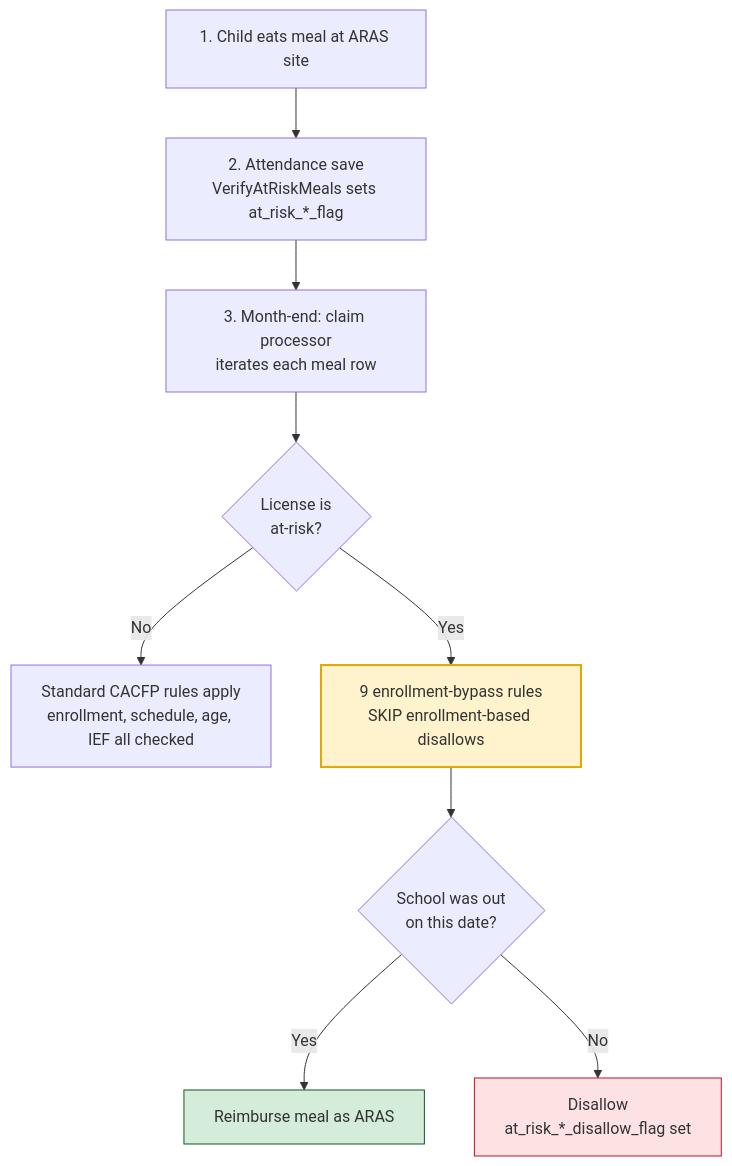
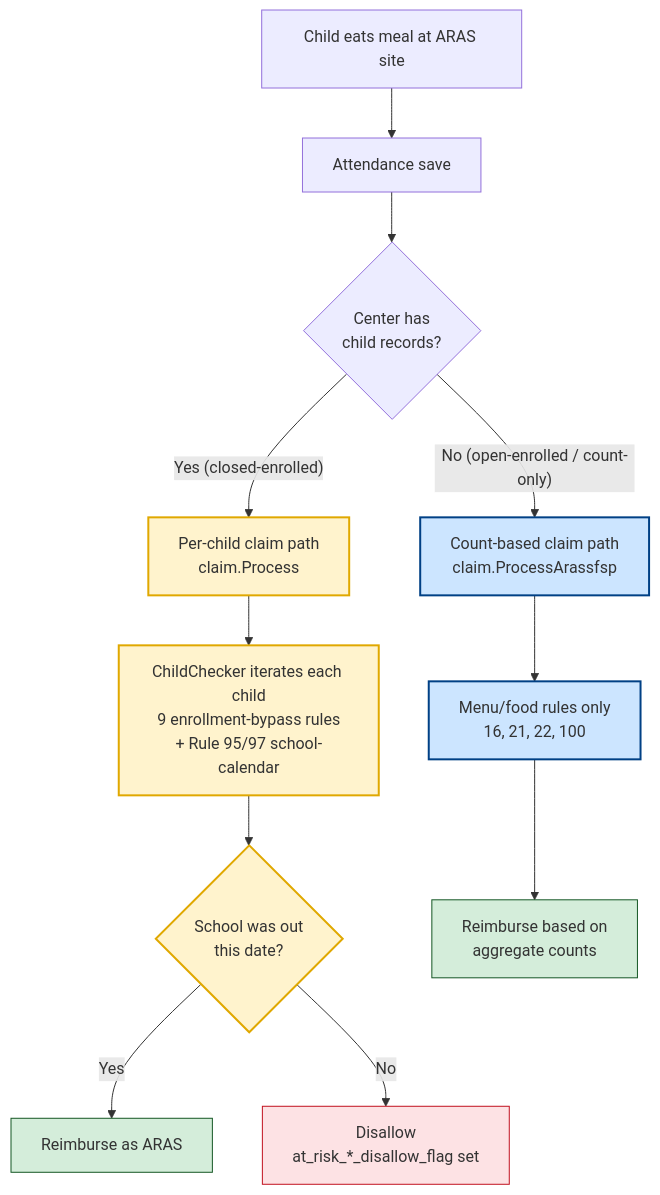
Before and after one commit to MinuteMenu/docs: the diagram in docs/plans/323000 hybrid enrollment and attendance/aras-today.md, drawn with Mermaid. The commit also changed other lines of this file, not shown here.

Commit message:
Clarify per-child vs count-based claim paths in aras-today.md
Per Phan's flag on TP 323015 c/429998 and a fresh Explore pass:
ProcessArassfsp() does not run school-calendar checks. The school-out
gating and the nine enrollment-bypass rules fire only on the per-child
path (claim.Process), invoked when the center has child records.
Open-enrolled / count-only centers route through ProcessArassfsp() and
only run menu/food rules (16, 21, 22, 100).

Changes:
- §1 reframed to lead with the two-path split + a table.
- §2 flow diagram redrawn with the bifurcation visible (per-child vs
  count-based, colour-coded).
- §3, §4, §6 now each open with a "per-child path only" warning note.
- §10 adds the hybrid-routing implication: ARAS Hybrid uses per-child
  meal save so school-calendar applies; SFSP Hybrid uses count-based
  save so it does not.

Source: LogicService.cs:7137 (IsCenterARASSFSPWithSingleLicense),
ProcessClaimService.cs (Process vs ProcessArassfsp).

````diff
--- a/docs/plans/323000 hybrid enrollment and attendance/aras-today.md
+++ b/docs/plans/323000 hybrid enrollment and attendance/aras-today.md
@@ -27,17 +28,21 @@
 ```mermaid
 flowchart TD
-    A["1. Child eats meal at ARAS site"] --> B["2. Attendance save<br/>VerifyAtRiskMeals sets at_risk_*_flag"]
-    B --> C["3. Month-end: claim processor<br/>iterates each meal row"]
-    C --> D{"License is<br/>at-risk?"}
-    D -- "No" --> E["Standard CACFP rules apply<br/>enrollment, schedule, age, IEF all checked"]
-    D -- "Yes" --> F["9 enrollment-bypass rules<br/>SKIP enrollment-based disallows"]
-    F --> G{"School was out<br/>on this date?"}
-    G -- "Yes" --> H["Reimburse meal as ARAS"]
-    G -- "No" --> I["Disallow<br/>at_risk_*_disallow_flag set"]
-    classDef bypass fill:#fff3cd,stroke:#e0a800,stroke-width:2px
+    A["Child eats meal at ARAS site"] --> B["Attendance save"]
+    B --> C{"Center has<br/>child records?"}
+    C -- "Yes (closed-enrolled)" --> P["Per-child claim path<br/>claim.Process"]
+    C -- "No (open-enrolled / count-only)" --> Q["Count-based claim path<br/>claim.ProcessArassfsp"]
+    P --> R["ChildChecker iterates each child<br/>9 enrollment-bypass rules<br/>+ Rule 95/97 school-calendar"]
+    Q --> S["Menu/food rules only<br/>16, 21, 22, 100"]
+    R --> T{"School was out<br/>this date?"}
+    T -- "Yes" --> U["Reimburse as ARAS"]
+    T -- "No" --> V["Disallow<br/>at_risk_*_disallow_flag set"]
+    S --> W["Reimburse based on<br/>aggregate counts"]
+    classDef perchild fill:#fff3cd,stroke:#e0a800,stroke-width:2px
+    classDef countbased fill:#cce5ff,stroke:#004085,stroke-width:2px
     classDef pass fill:#d4edda,stroke:#155724
     classDef fail fill:#fde2e4,stroke:#c1121f
-    class F bypass
-    class H pass
-    class I fail
+    class P,R,T perchild
+    class Q,S countbased
+    class U,W pass
+    class V fail
 ```
````
